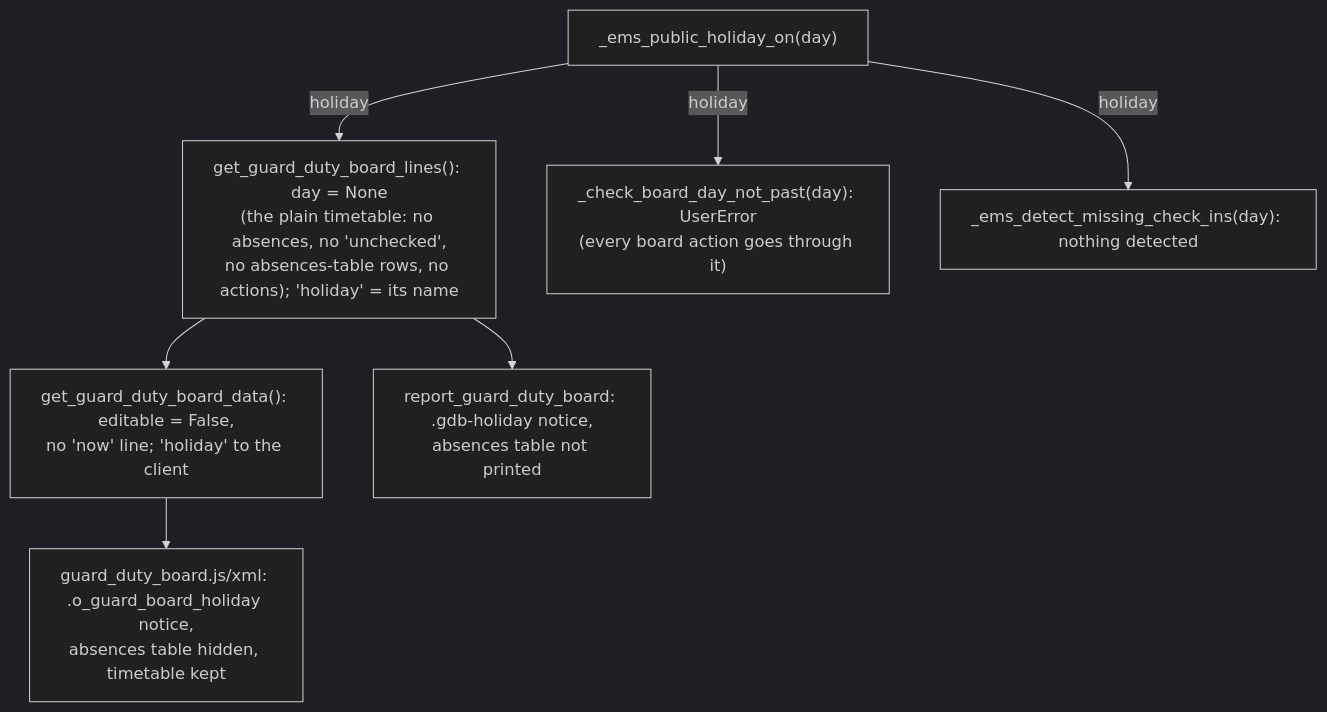
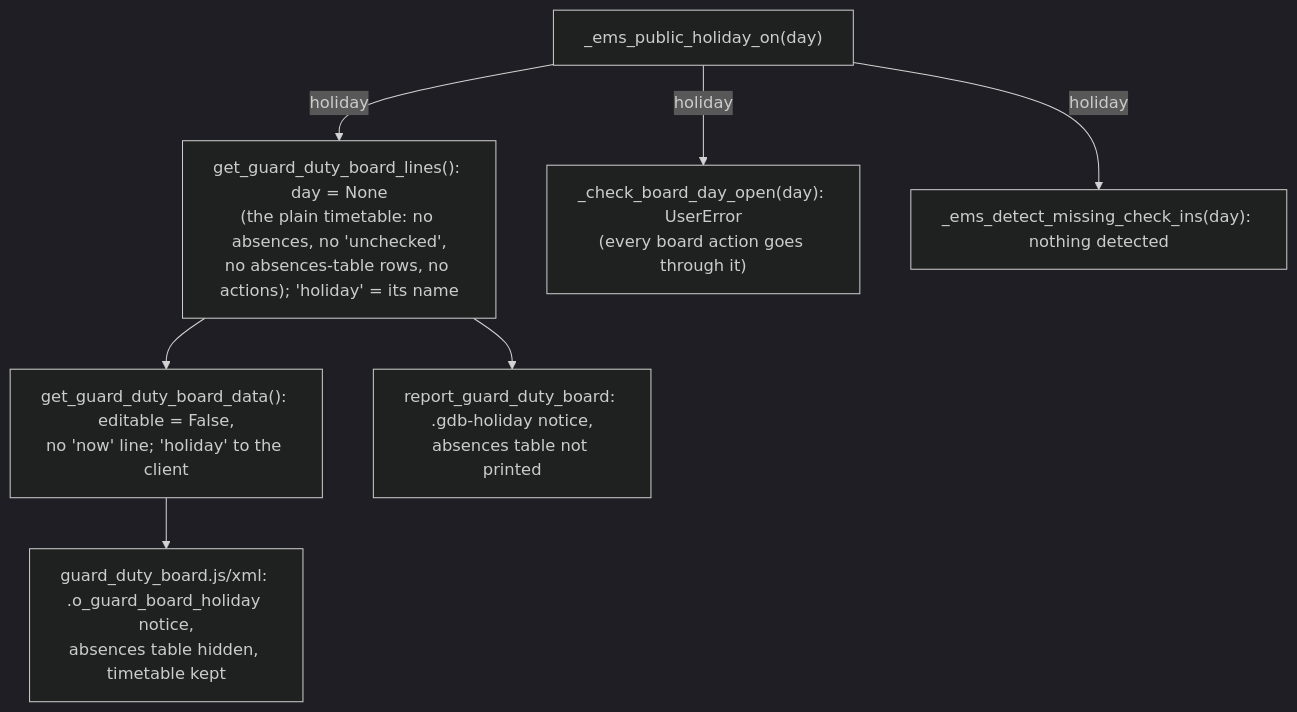
One commit to ElPuig/EMS changed the ninth of 9 diagrams in docs/en/developers/attendance/guard_duty_board.md. Above: the diagram before and after it, drawn with Mermaid (dark theme). The commit also changed other lines of this file and 5 other files, not shown here.

First line of the commit message:
#740 Close: rename the board day check, PDF timetable test

````diff
--- a/docs/en/developers/attendance/guard_duty_board.md
+++ b/docs/en/developers/attendance/guard_duty_board.md
@@ -1649,9 +1649,9 @@
 ```mermaid
 flowchart TD
     H["_ems_public_holiday_on(day)"] -->|holiday| L["get_guard_duty_board_lines(): day = None<br/>(the plain timetable: no absences, no 'unchecked',<br/>no absences-table rows, no actions); 'holiday' = its name"]
     L --> D["get_guard_duty_board_data(): editable = False,<br/>no 'now' line; 'holiday' to the client"]
     D --> UI["guard_duty_board.js/xml: .o_guard_board_holiday notice,<br/>absences table hidden, timetable kept"]
     L --> PDF["report_guard_duty_board: .gdb-holiday notice,<br/>absences table not printed"]
-    H -->|holiday| CHK["_check_board_day_not_past(day): UserError<br/>(every board action goes through it)"]
+    H -->|holiday| CHK["_check_board_day_open(day): UserError<br/>(every board action goes through it)"]
     H -->|holiday| DET["_ems_detect_missing_check_ins(day): nothing detected"]
 ```
````
